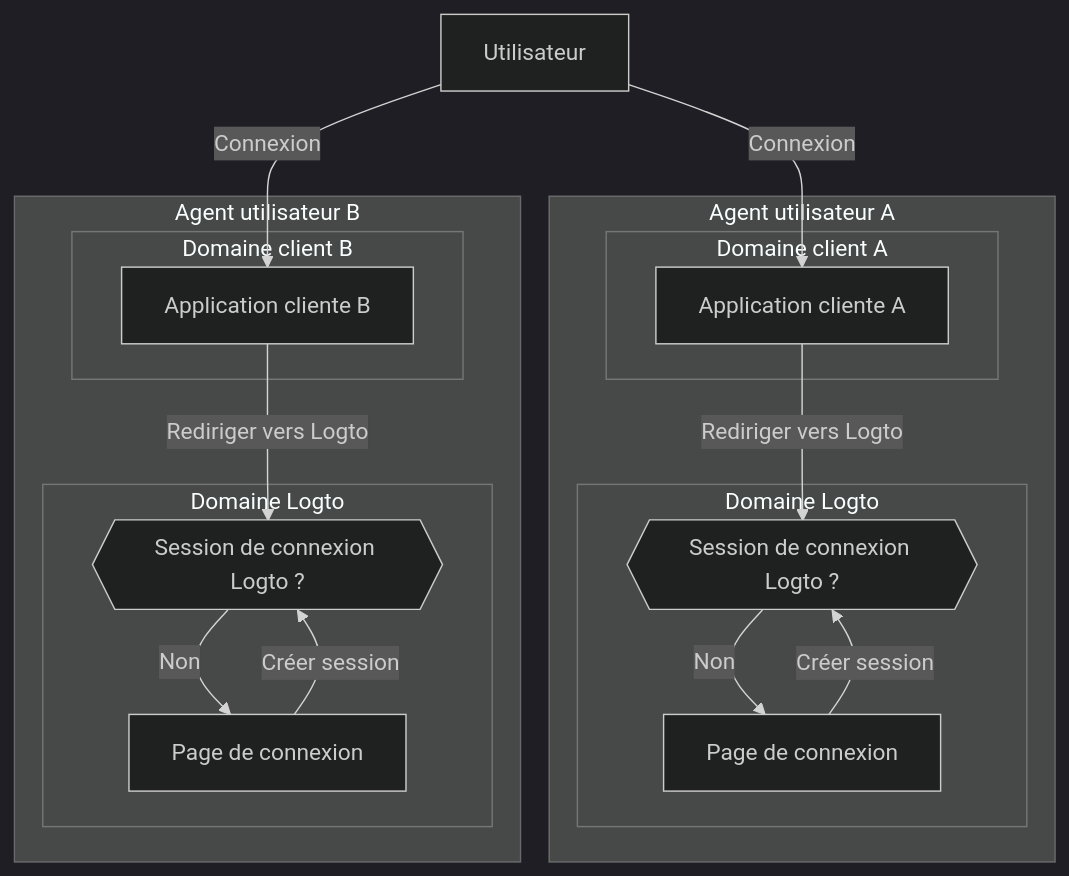
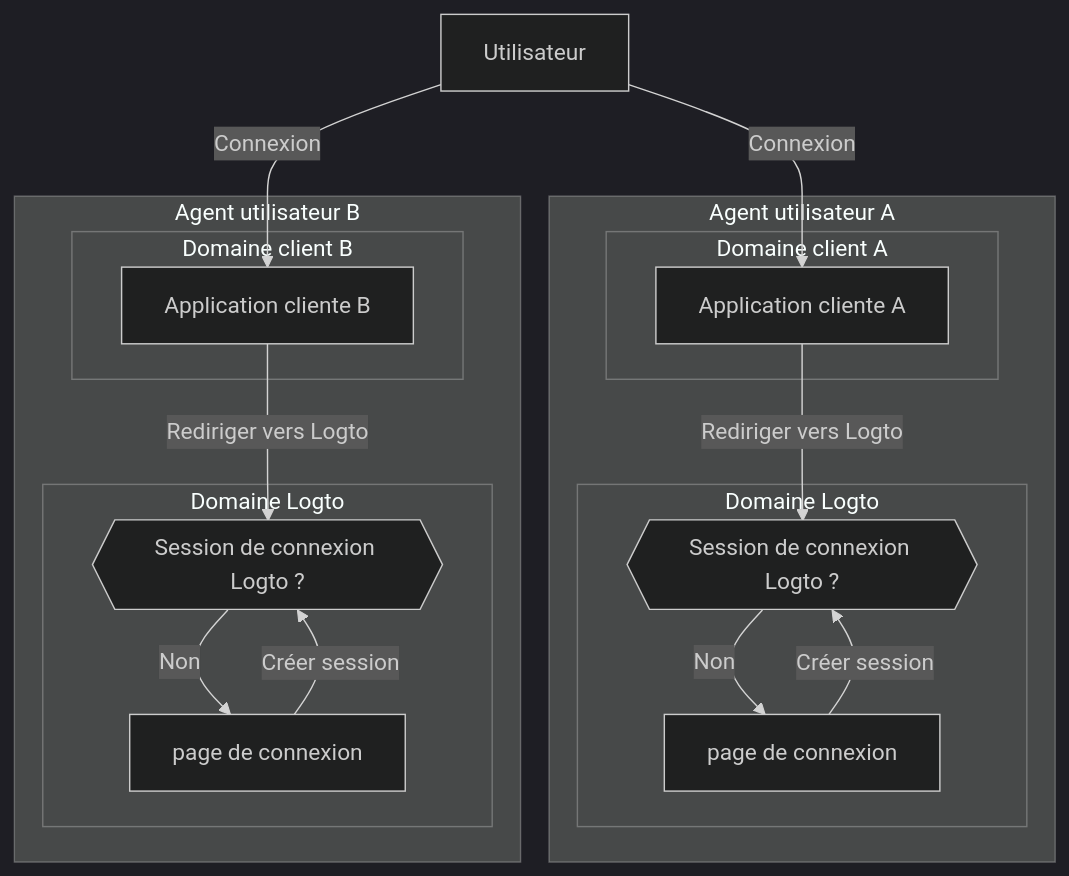
Before and after one commit to logto-io/docs: the third of 3 diagrams in i18n/fr/docusaurus-plugin-content-docs/current/end-user-flows/sign-out.mdx, drawn with Mermaid (dark theme). The commit also changed other lines of this file and 162 other files, not shown here.

````diff
--- a/i18n/fr/docusaurus-plugin-content-docs/current/end-user-flows/sign-out.mdx
+++ b/i18n/fr/docusaurus-plugin-content-docs/current/end-user-flows/sign-out.mdx
@@ -89,35 +89,35 @@
    ```mermaid
     flowchart TD
     U[Utilisateur]
 
     subgraph DeviceA [Agent utilisateur A]
       subgraph Layer1 [Domaine client A]
         A[Application cliente A]
       end
 
       subgraph Layer2 [Domaine Logto]
           C{{Session de connexion Logto ?}}
-          D[Page de connexion]
+          D[page de connexion]
       end
     end
 
     subgraph DeviceB [Agent utilisateur B]
       subgraph Layer3 [Domaine client B]
         B[Application cliente B]
       end
 
       subgraph Layer4 [Domaine Logto]
           E{{Session de connexion Logto ?}}
-          F[Page de connexion]
+          F[page de connexion]
       end
     end
 
     U --> |Connexion| A
     A --> |Rediriger vers Logto| C
     U --> |Connexion| B
     B --> |Rediriger vers Logto| E
     C --> |Non| D
     E --> |Non| F
     D --> |Créer session| C
     F --> |Créer session| E
    ```
````
